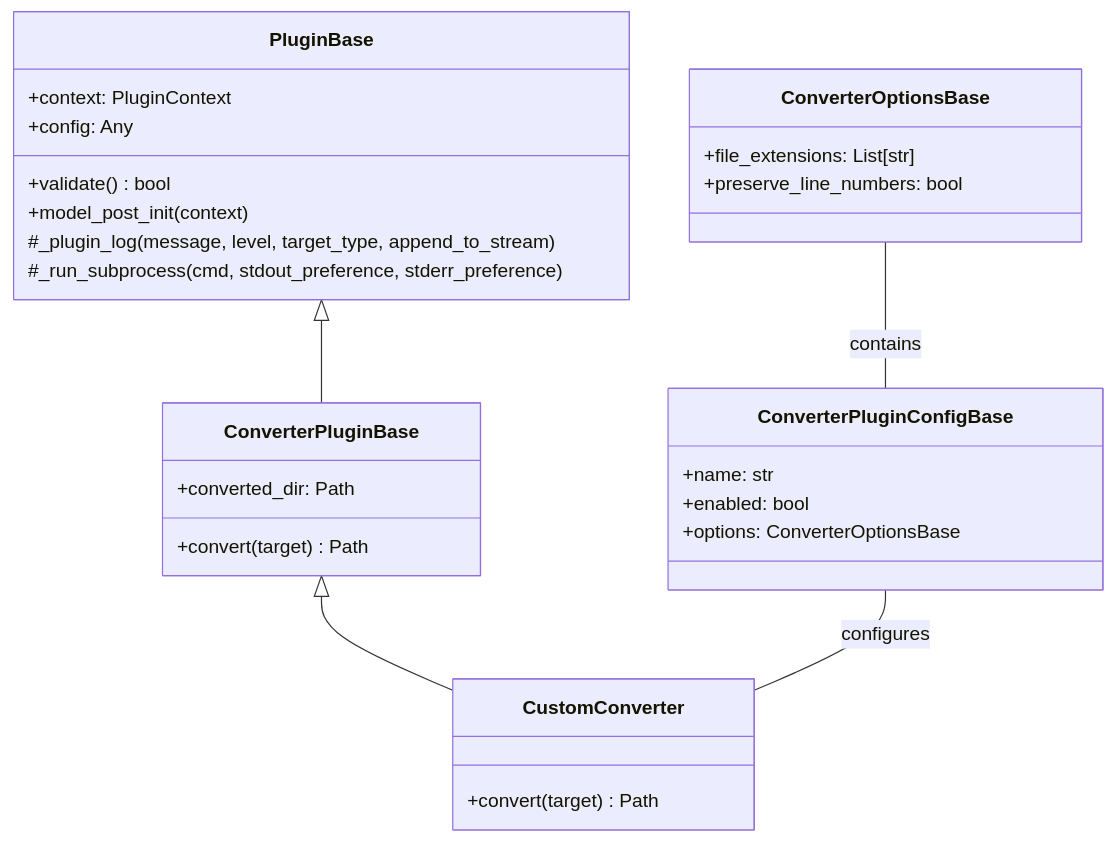
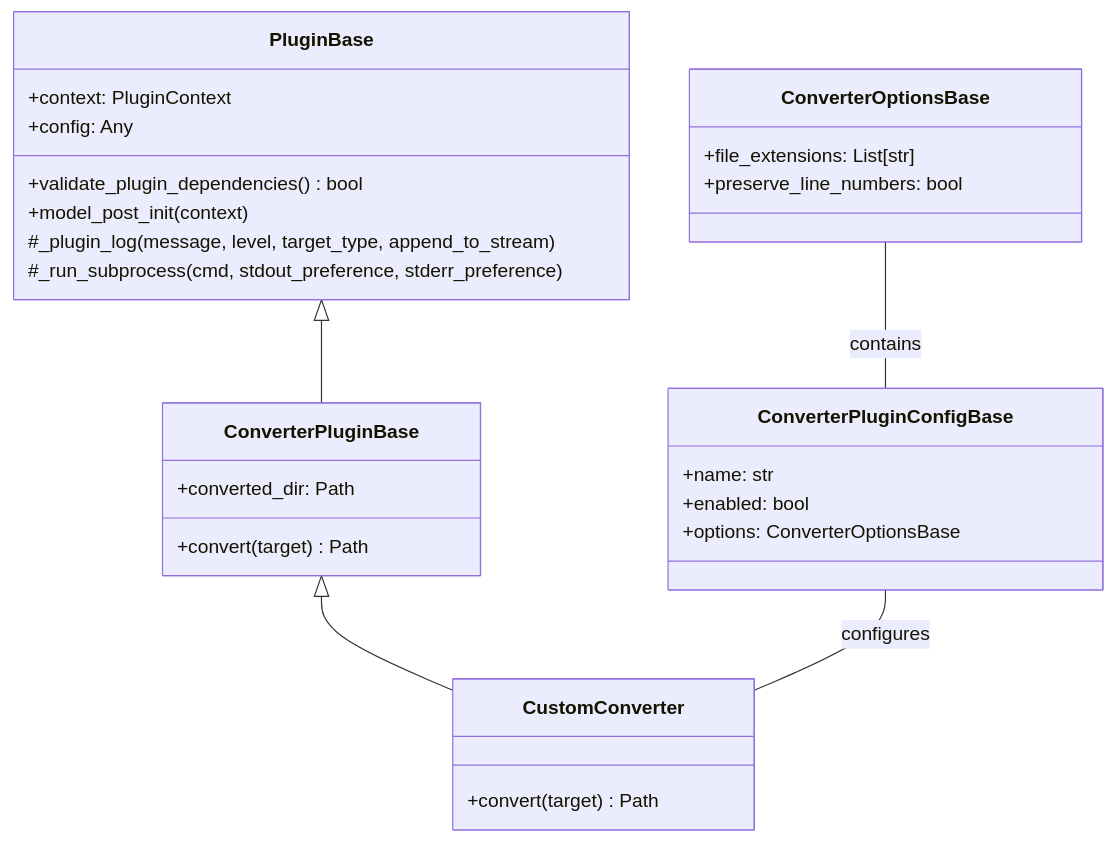
One commit to awslabs/automated-security-helper changed the third of 6 diagrams in docs/content/docs/plugins/converter-plugins-diagrams.md. Above: the diagram before and after it, drawn with Mermaid. The commit also changed 59 other files, not shown here.

````diff
--- a/docs/content/docs/plugins/converter-plugins-diagrams.md
+++ b/docs/content/docs/plugins/converter-plugins-diagrams.md
@@ -62,36 +62,36 @@
 ```mermaid
 classDiagram
     class PluginBase {
         +context: PluginContext
         +config: Any
-        +validate() bool
+        +validate_plugin_dependencies() bool
         +model_post_init(context)
         #_plugin_log(message, level, target_type, append_to_stream)
         #_run_subprocess(cmd, stdout_preference, stderr_preference)
     }
 
     class ConverterPluginBase {
         +convert(target) Path
         +converted_dir: Path
     }
 
     class ConverterPluginConfigBase {
         +name: str
         +enabled: bool
         +options: ConverterOptionsBase
     }
 
     class ConverterOptionsBase {
         +file_extensions: List[str]
         +preserve_line_numbers: bool
     }
 
     class CustomConverter {
         +convert(target) Path
     }
 
     PluginBase <|-- ConverterPluginBase
     ConverterPluginBase <|-- CustomConverter
     ConverterPluginConfigBase -- CustomConverter : configures
     ConverterOptionsBase -- ConverterPluginConfigBase : contains
 ```
````
